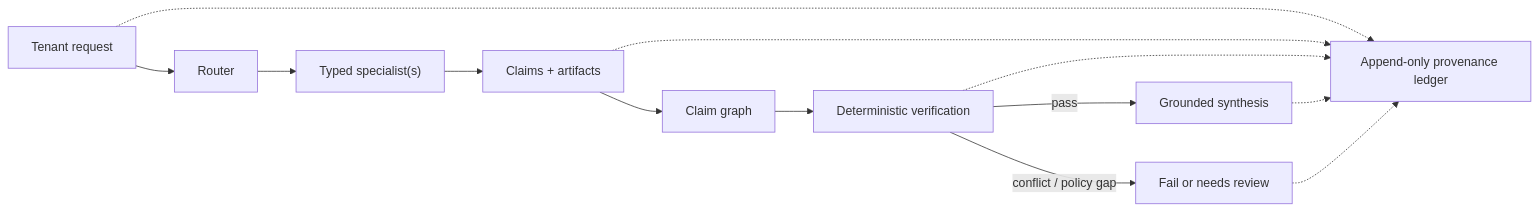
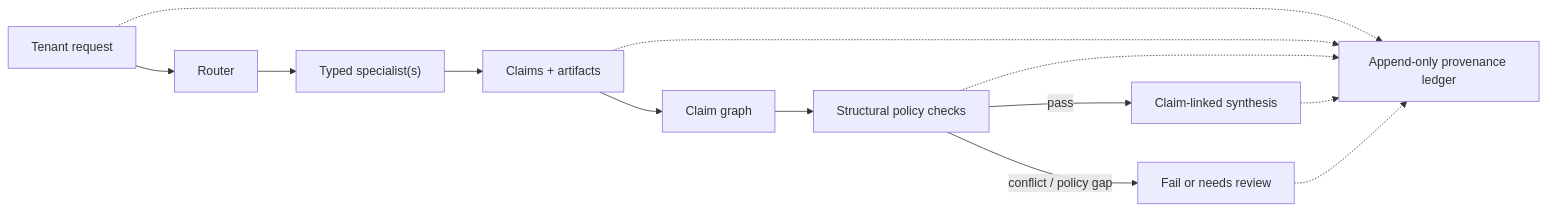
The diagram in README.md (TheVerdman/VECL-QB), drawn with Mermaid before and after one commit. The commit also changed other lines of this file and 3 other files, not shown here.

````diff
--- a/README.md
+++ b/README.md
@@ -44,15 +50,15 @@
 ```mermaid
 flowchart LR
     R["Tenant request"] --> Q["Router"]
     Q --> S["Typed specialist(s)"]
     S --> C["Claims + artifacts"]
     C --> G["Claim graph"]
-    G --> V["Deterministic verification"]
-    V -->|pass| A["Grounded synthesis"]
+    G --> V["Structural policy checks"]
+    V -->|pass| A["Claim-linked synthesis"]
     V -->|conflict / policy gap| H["Fail or needs review"]
     R -.-> P["Append-only provenance ledger"]
     C -.-> P
     V -.-> P
     A -.-> P
     H -.-> P
 ```
````
